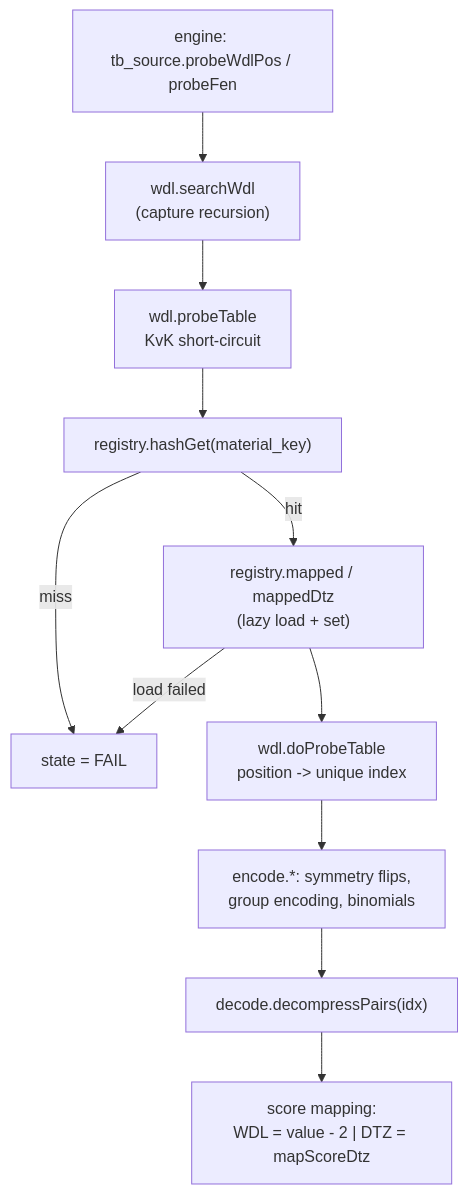
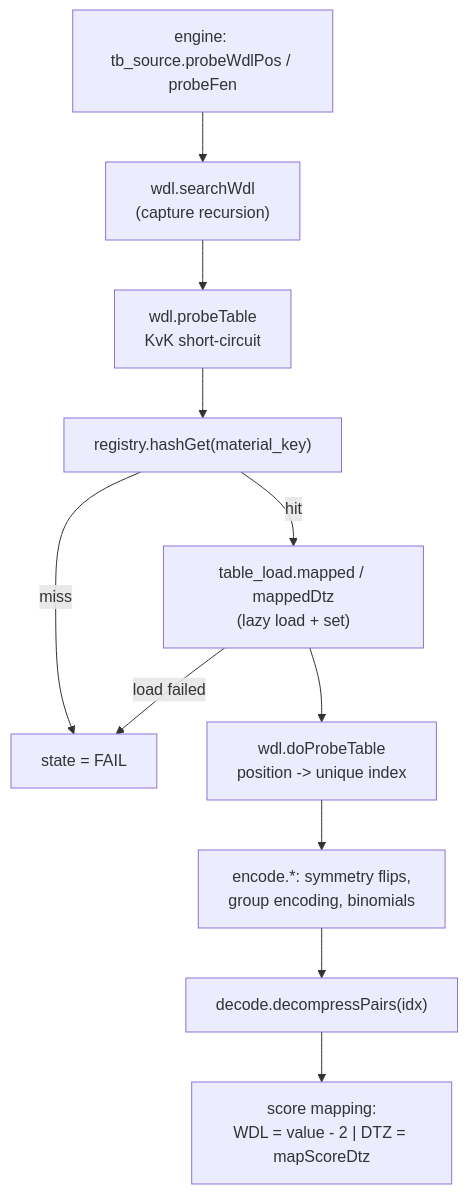
One commit to ppigazzini/zfish changed the diagram in docs/05-tablebases.md. Above: the diagram before and after it, drawn with Mermaid. The commit also changed other lines of this file and 7 other files, not shown here.

````diff
--- a/docs/05-tablebases.md
+++ b/docs/05-tablebases.md
@@ -199,13 +203,13 @@
 ```mermaid
 flowchart TD
   A["engine: tb_source.probeWdlPos / probeFen"] --> B["wdl.searchWdl<br/>(capture recursion)"]
   B --> C["wdl.probeTable<br/>KvK short-circuit"]
   C --> D["registry.hashGet(material_key)"]
   D -->|miss| F["state = FAIL"]
-  D -->|hit| E["registry.mapped / mappedDtz<br/>(lazy load + set)"]
+  D -->|hit| E["table_load.mapped / mappedDtz<br/>(lazy load + set)"]
   E -->|load failed| F
   E --> G["wdl.doProbeTable<br/>position -> unique index"]
   G --> H["encode.*: symmetry flips,<br/>group encoding, binomials"]
   H --> I["decode.decompressPairs(idx)"]
   I --> J["score mapping:<br/>WDL = value - 2 | DTZ = mapScoreDtz"]
 ```
````
